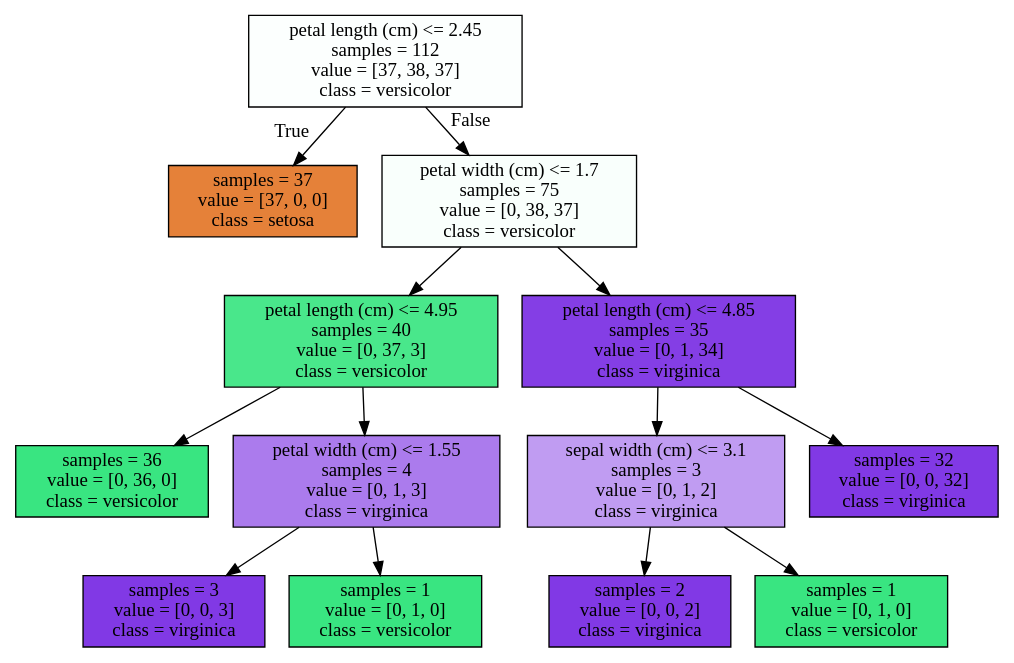
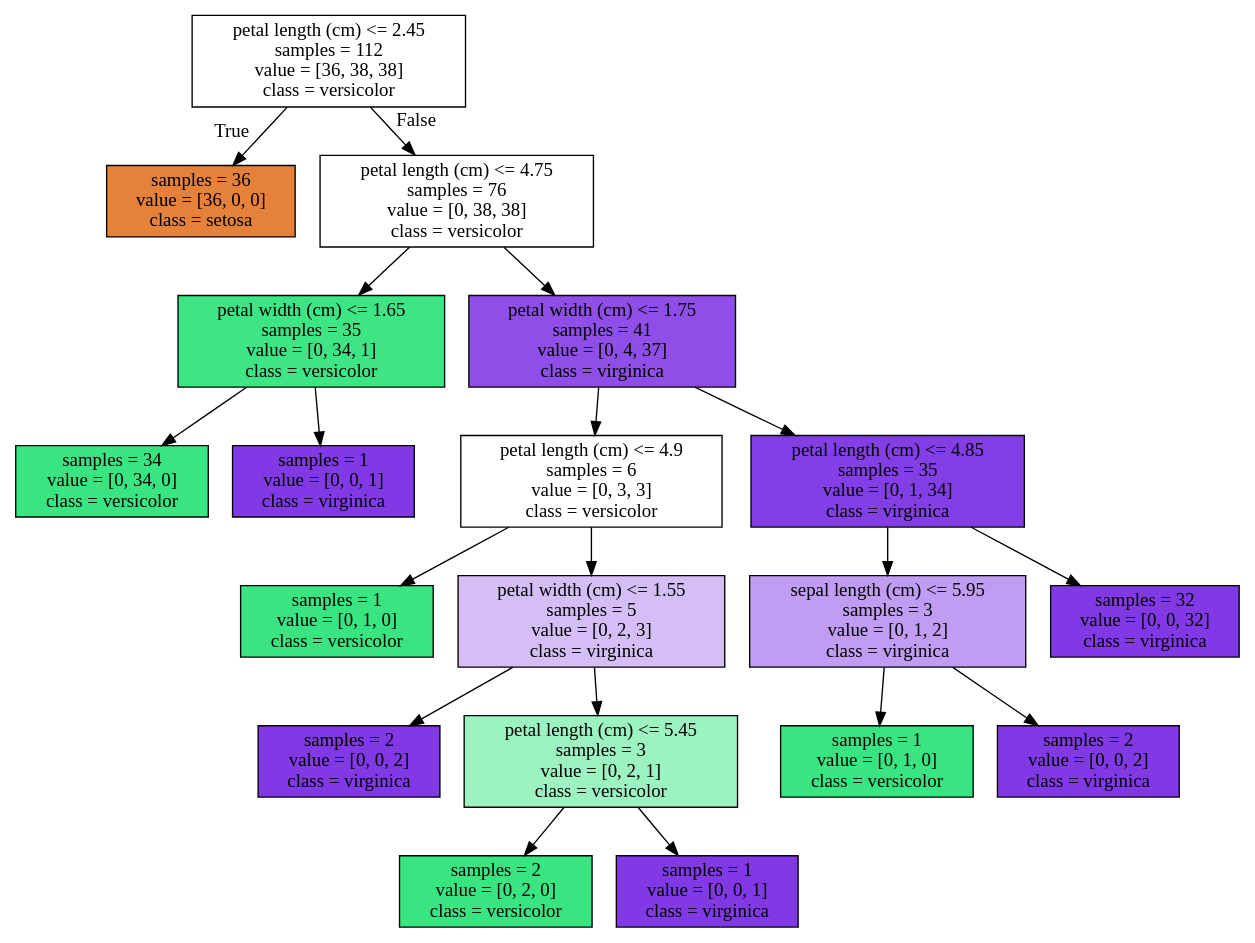
Before and after one commit to JosephPG/DecisionTreeExample: the diagram in docs/arbol.dot, drawn with Graphviz. The commit also changed 5 other files, not shown here.

Commit message:
Add plot graphic of desicion tree clasification

```diff
--- a/docs/arbol.dot
+++ b/docs/arbol.dot
@@ -1,28 +1,40 @@
 digraph Tree {
 node [shape=box, style="filled", color="black"] ;
-0 [label="petal length (cm) <= 2.45\nsamples = 112\nvalue = [37, 38, 37]\nclass = versicolor", fillcolor="#39e58103"] ;
-1 [label="samples = 37\nvalue = [37, 0, 0]\nclass = setosa", fillcolor="#e58139ff"] ;
+0 [label="petal length (cm) <= 2.45\nsamples = 112\nvalue = [36, 38, 38]\nclass = versicolor", fillcolor="#39e58100"] ;
+1 [label="samples = 36\nvalue = [36, 0, 0]\nclass = setosa", fillcolor="#e58139ff"] ;
 0 -> 1 [labeldistance=2.5, labelangle=45, headlabel="True"] ;
-2 [label="petal width (cm) <= 1.7\nsamples = 75\nvalue = [0, 38, 37]\nclass = versicolor", fillcolor="#39e58107"] ;
+2 [label="petal length (cm) <= 4.75\nsamples = 76\nvalue = [0, 38, 38]\nclass = versicolor", fillcolor="#39e58100"] ;
 0 -> 2 [labeldistance=2.5, labelangle=-45, headlabel="False"] ;
-3 [label="petal length (cm) <= 4.95\nsamples = 40\nvalue = [0, 37, 3]\nclass = versicolor", fillcolor="#39e581ea"] ;
+3 [label="petal width (cm) <= 1.65\nsamples = 35\nvalue = [0, 34, 1]\nclass = versicolor", fillcolor="#39e581f8"] ;
 2 -> 3 ;
-4 [label="samples = 36\nvalue = [0, 36, 0]\nclass = versicolor", fillcolor="#39e581ff"] ;
+4 [label="samples = 34\nvalue = [0, 34, 0]\nclass = versicolor", fillcolor="#39e581ff"] ;
 3 -> 4 ;
-5 [label="petal width (cm) <= 1.55\nsamples = 4\nvalue = [0, 1, 3]\nclass = virginica", fillcolor="#8139e5aa"] ;
+5 [label="samples = 1\nvalue = [0, 0, 1]\nclass = virginica", fillcolor="#8139e5ff"] ;
 3 -> 5 ;
-6 [label="samples = 3\nvalue = [0, 0, 3]\nclass = virginica", fillcolor="#8139e5ff"] ;
-5 -> 6 ;
-7 [label="samples = 1\nvalue = [0, 1, 0]\nclass = versicolor", fillcolor="#39e581ff"] ;
-5 -> 7 ;
-8 [label="petal length (cm) <= 4.85\nsamples = 35\nvalue = [0, 1, 34]\nclass = virginica", fillcolor="#8139e5f8"] ;
-2 -> 8 ;
-9 [label="sepal width (cm) <= 3.1\nsamples = 3\nvalue = [0, 1, 2]\nclass = virginica", fillcolor="#8139e57f"] ;
-8 -> 9 ;
+6 [label="petal width (cm) <= 1.75\nsamples = 41\nvalue = [0, 4, 37]\nclass = virginica", fillcolor="#8139e5e3"] ;
+2 -> 6 ;
+7 [label="petal length (cm) <= 4.9\nsamples = 6\nvalue = [0, 3, 3]\nclass = versicolor", fillcolor="#39e58100"] ;
+6 -> 7 ;
+8 [label="samples = 1\nvalue = [0, 1, 0]\nclass = versicolor", fillcolor="#39e581ff"] ;
+7 -> 8 ;
+9 [label="petal width (cm) <= 1.55\nsamples = 5\nvalue = [0, 2, 3]\nclass = virginica", fillcolor="#8139e555"] ;
+7 -> 9 ;
 10 [label="samples = 2\nvalue = [0, 0, 2]\nclass = virginica", fillcolor="#8139e5ff"] ;
 9 -> 10 ;
-11 [label="samples = 1\nvalue = [0, 1, 0]\nclass = versicolor", fillcolor="#39e581ff"] ;
+11 [label="petal length (cm) <= 5.45\nsamples = 3\nvalue = [0, 2, 1]\nclass = versicolor", fillcolor="#39e5817f"] ;
 9 -> 11 ;
-12 [label="samples = 32\nvalue = [0, 0, 32]\nclass = virginica", fillcolor="#8139e5ff"] ;
-8 -> 12 ;
+12 [label="samples = 2\nvalue = [0, 2, 0]\nclass = versicolor", fillcolor="#39e581ff"] ;
+11 -> 12 ;
+13 [label="samples = 1\nvalue = [0, 0, 1]\nclass = virginica", fillcolor="#8139e5ff"] ;
+11 -> 13 ;
+14 [label="petal length (cm) <= 4.85\nsamples = 35\nvalue = [0, 1, 34]\nclass = virginica", fillcolor="#8139e5f8"] ;
+6 -> 14 ;
+15 [label="sepal length (cm) <= 5.95\nsamples = 3\nvalue = [0, 1, 2]\nclass = virginica", fillcolor="#8139e57f"] ;
+14 -> 15 ;
+16 [label="samples = 1\nvalue = [0, 1, 0]\nclass = versicolor", fillcolor="#39e581ff"] ;
+15 -> 16 ;
+17 [label="samples = 2\nvalue = [0, 0, 2]\nclass = virginica", fillcolor="#8139e5ff"] ;
+15 -> 17 ;
+18 [label="samples = 32\nvalue = [0, 0, 32]\nclass = virginica", fillcolor="#8139e5ff"] ;
+14 -> 18 ;
 }
```
